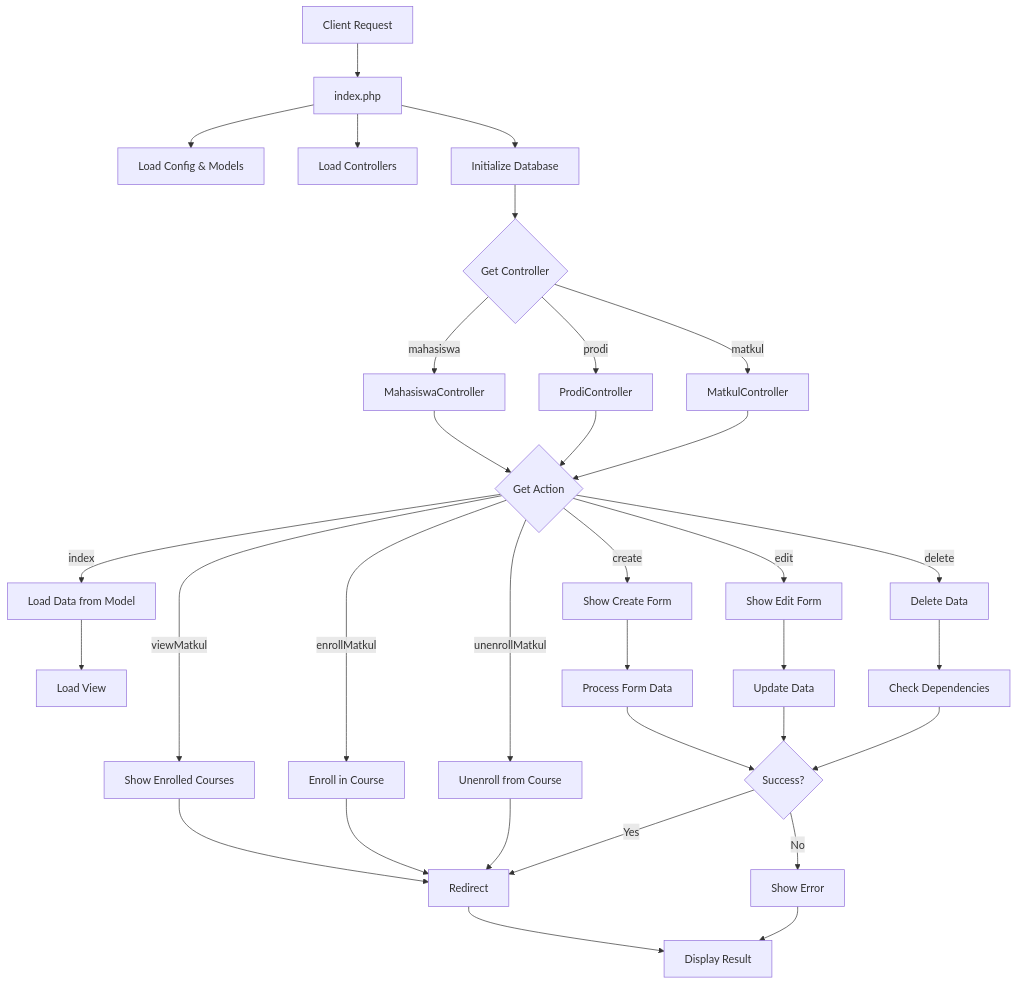
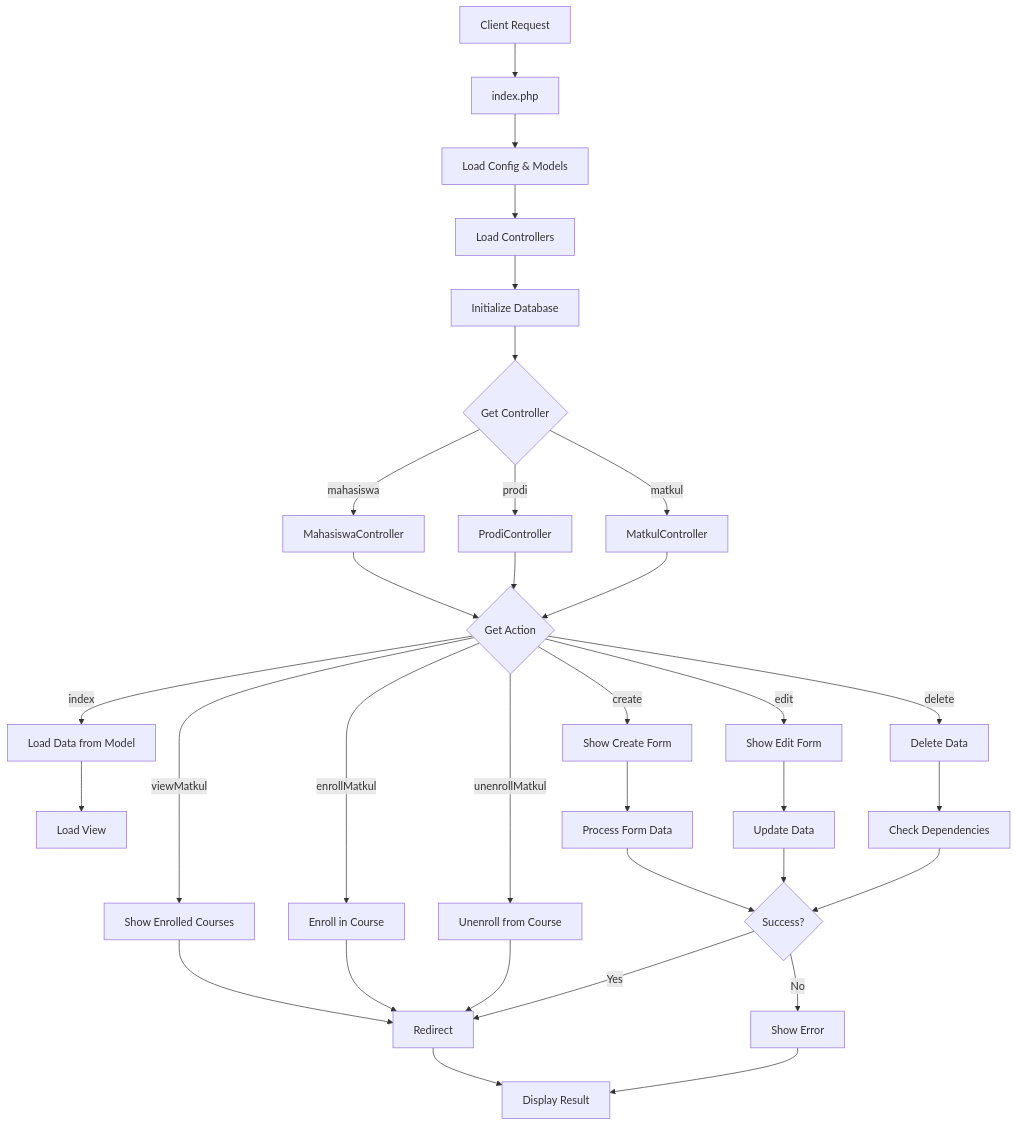
Before and after one commit to Juthersse/TP8DPBO2025C1: the third of 3 diagrams in README.md, drawn with Mermaid. The commit also changed other lines of this file, not shown here.

````diff
--- a/README.md
+++ b/README.md
@@ -159,34 +159,34 @@
 ```mermaid
 flowchart TD
     A[Client Request] --> B[index.php]
     B --> C[Load Config & Models]
-    B --> D[Load Controllers]
-    B --> E[Initialize Database]
+    C --> D[Load Controllers]
+    D --> E[Initialize Database]
     
     E --> F{Get Controller}
     F -->|mahasiswa| G[MahasiswaController]
     F -->|prodi| H[ProdiController]
     F -->|matkul| I[MatkulController]
     
     G & H & I --> J{Get Action}
     J -->|index| K[Load Data from Model]
     J -->|create| L[Show Create Form]
     J -->|edit| M[Show Edit Form]
     J -->|delete| N[Delete Data]
     J -->|viewMatkul| O[Show Enrolled Courses]
     J -->|enrollMatkul| P[Enroll in Course]
     J -->|unenrollMatkul| Q[Unenroll from Course]
     
     K --> R[Load View]
     L --> S[Process Form Data]
     M --> T[Update Data]
     N --> U[Check Dependencies]
     O & P & Q --> V[Redirect]
     
     S & T & U --> W{Success?}
     W -->|Yes| V
     W -->|No| X[Show Error]
     
     V --> Y[Display Result]
     X --> Y
 ```
````
